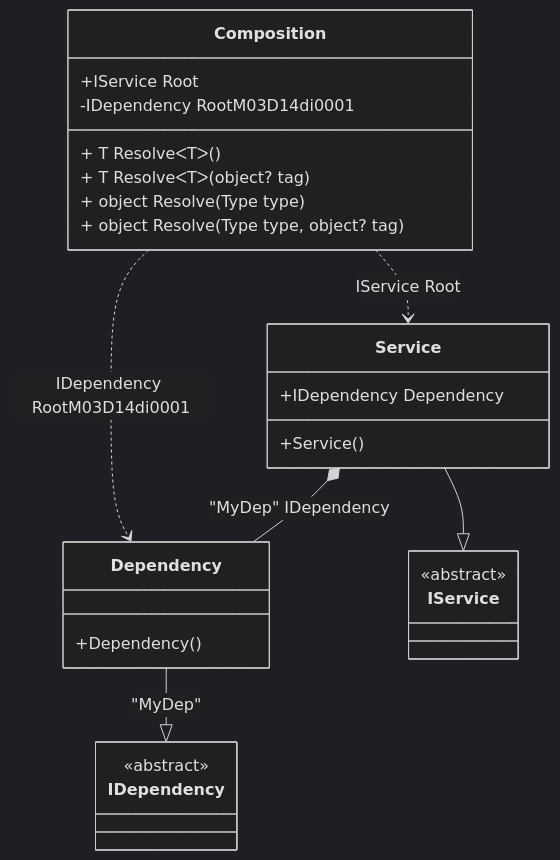
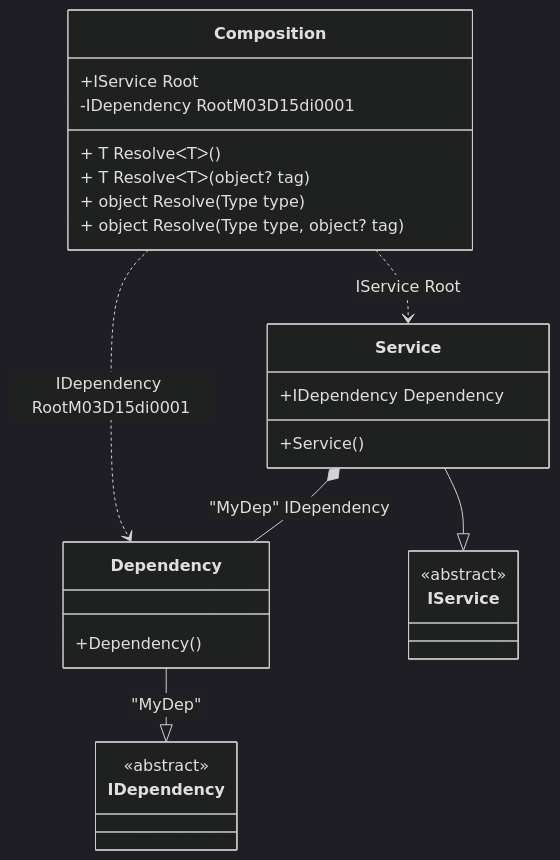
One commit to DevTeam/Pure.DI changed the diagram in readme/check-for-a-root.md. Above: the diagram before and after it, drawn with Mermaid (dark theme). The commit also changed other lines of this file and 90 other files, not shown here.

````diff
--- a/readme/check-for-a-root.md
+++ b/readme/check-for-a-root.md
@@ -63,29 +63,29 @@
 ```mermaid
 classDiagram
   class Composition {
     +IService Root
-    -IDependency RootM03D14di0001
+    -IDependency RootM03D15di0001
     + T ResolveᐸTᐳ()
     + T ResolveᐸTᐳ(object? tag)
     + object Resolve(Type type)
     + object Resolve(Type type, object? tag)
   }
   Dependency --|> IDependency : "MyDep" 
   class Dependency {
     +Dependency()
   }
   Service --|> IService : 
   class Service {
     +Service()
     +IDependency Dependency
   }
   class IDependency {
     <<abstract>>
   }
   class IService {
     <<abstract>>
   }
   Service *--  Dependency : "MyDep"  IDependency
-  Composition ..> Dependency : IDependency RootM03D14di0001
+  Composition ..> Dependency : IDependency RootM03D15di0001
   Composition ..> Service : IService Root
 ```
````
